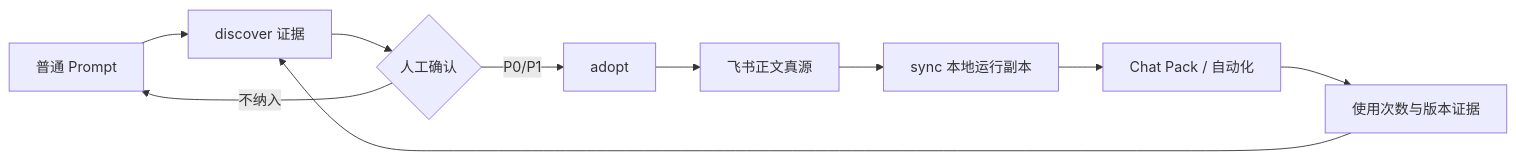
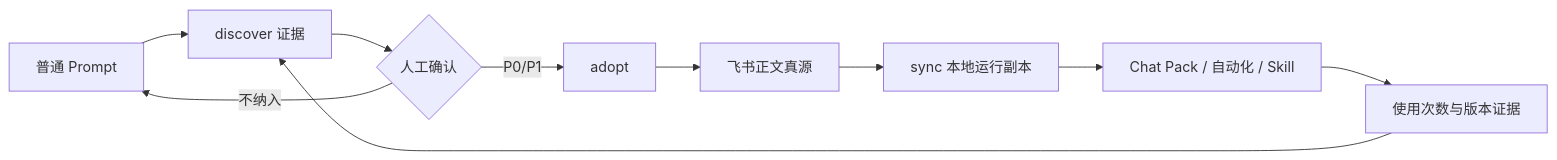
Before and after one commit to SimplyY/learn-x: the diagram in docs/PROMPT_GOVERNANCE.md, drawn with Mermaid. The commit also changed other lines of this file and 4 other files, not shown here.

````diff
--- a/docs/PROMPT_GOVERNANCE.md
+++ b/docs/PROMPT_GOVERNANCE.md
@@ -11,12 +11,12 @@
 ```mermaid
 flowchart LR
   O[普通 Prompt] --> D[discover 证据]
   D --> H{人工确认}
   H -->|不纳入| O
   H -->|P0/P1| A[adopt]
   A --> F[飞书正文真源]
   F --> S[sync 本地运行副本]
-  S --> C[Chat Pack / 自动化]
+  S --> C[Chat Pack / 自动化 / Skill]
   C --> U[使用次数与版本证据]
   U --> D
 ```
````
